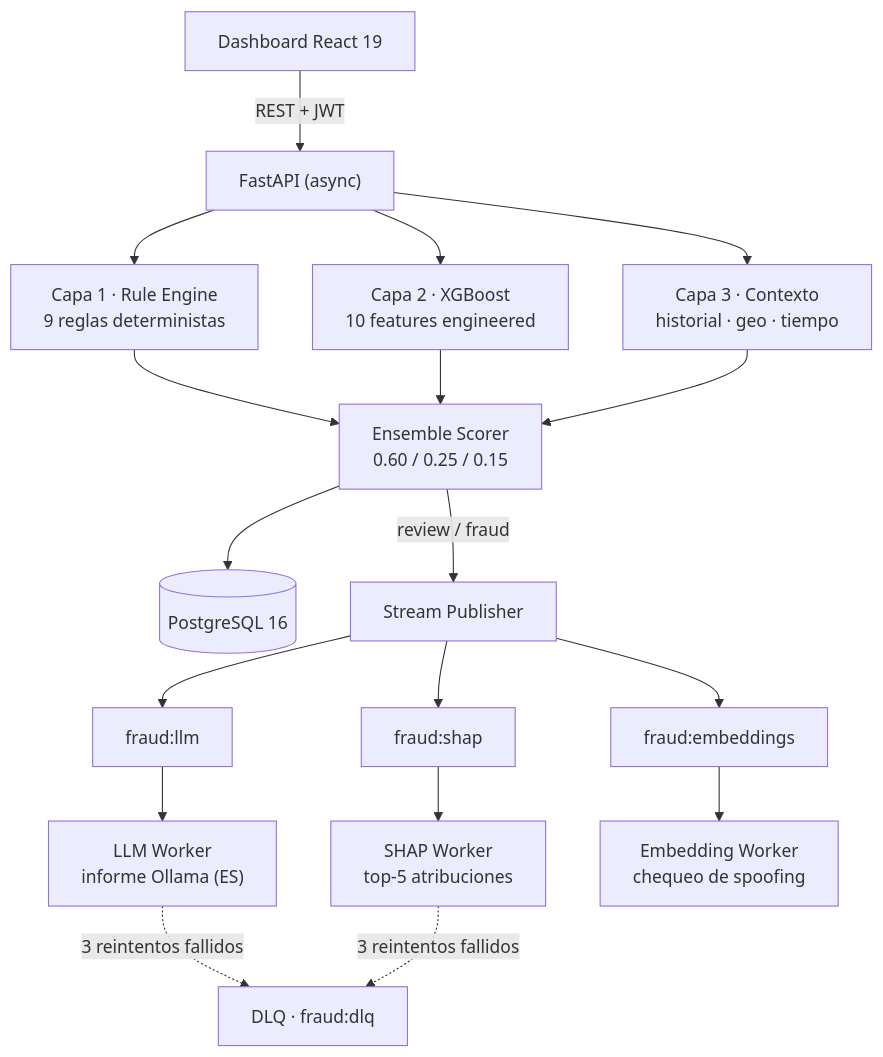
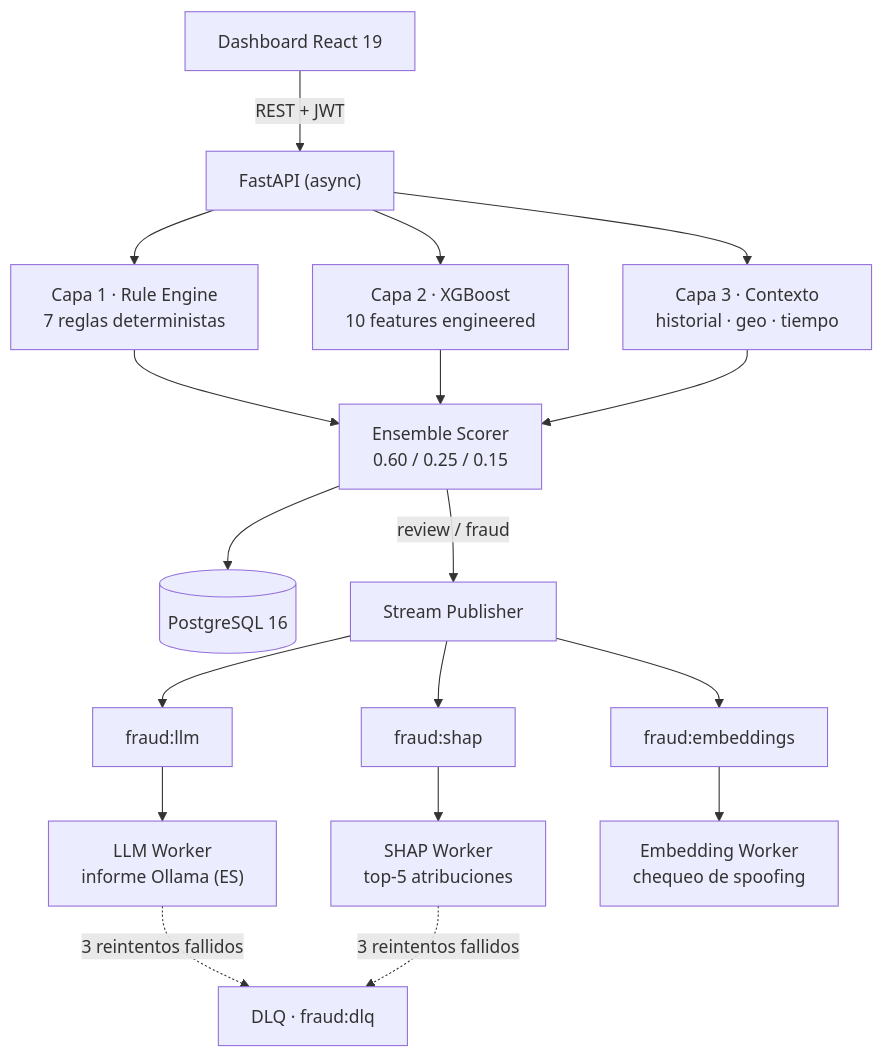
One commit to mikelrh-dev/fraud-detector changed the diagram in README.es.md. Above: the diagram before and after it, drawn with Mermaid. The commit also changed other lines of this file and 2 other files, not shown here.

````diff
--- a/README.es.md
+++ b/README.es.md
@@ -34,22 +34,22 @@
 ```mermaid
 flowchart TB
     FE["Dashboard React 19"] -->|"REST + JWT"| API["FastAPI (async)"]
 
-    API --> RE["Capa 1 · Rule Engine<br/>9 reglas deterministas"]
+    API --> RE["Capa 1 · Rule Engine<br/>7 reglas deterministas"]
     API --> ML["Capa 2 · XGBoost<br/>10 features engineered"]
     API --> CTX["Capa 3 · Contexto<br/>historial · geo · tiempo"]
 
     RE --> ENS["Ensemble Scorer<br/>0.60 / 0.25 / 0.15"]
     ML --> ENS
     CTX --> ENS
 
     ENS --> DB[("PostgreSQL 16")]
     ENS -->|"review / fraud"| PUB["Stream Publisher"]
 
     PUB --> Q1["fraud:llm"] --> W1["LLM Worker<br/>informe Ollama (ES)"]
     PUB --> Q2["fraud:shap"] --> W2["SHAP Worker<br/>top-5 atribuciones"]
     PUB --> Q3["fraud:embeddings"] --> W3["Embedding Worker<br/>chequeo de spoofing"]
 
     W1 -. "3 reintentos fallidos" .-> DLQ["DLQ · fraud:dlq"]
     W2 -. "3 reintentos fallidos" .-> DLQ
 ```
````
